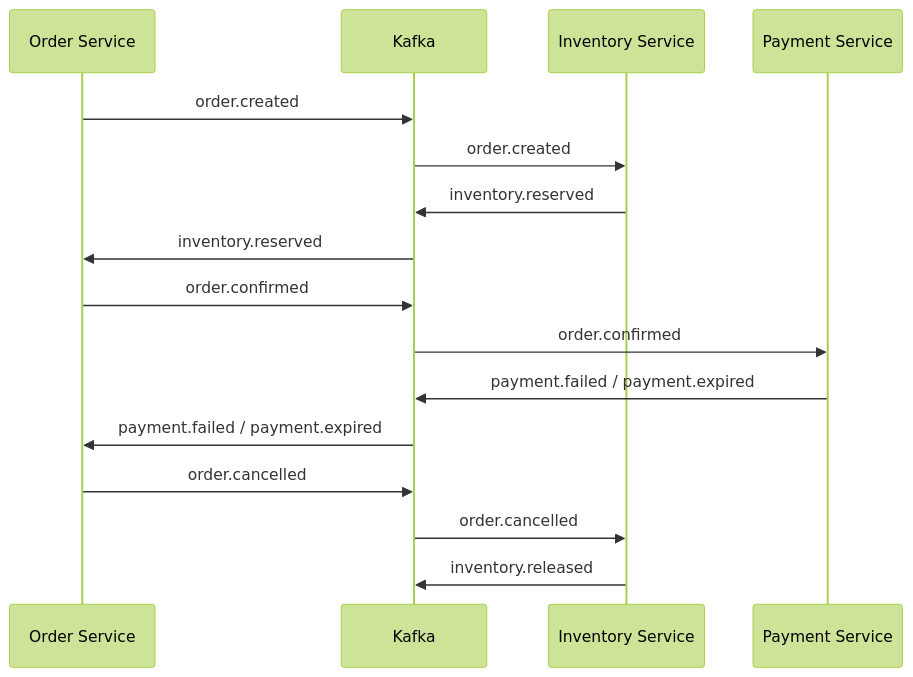
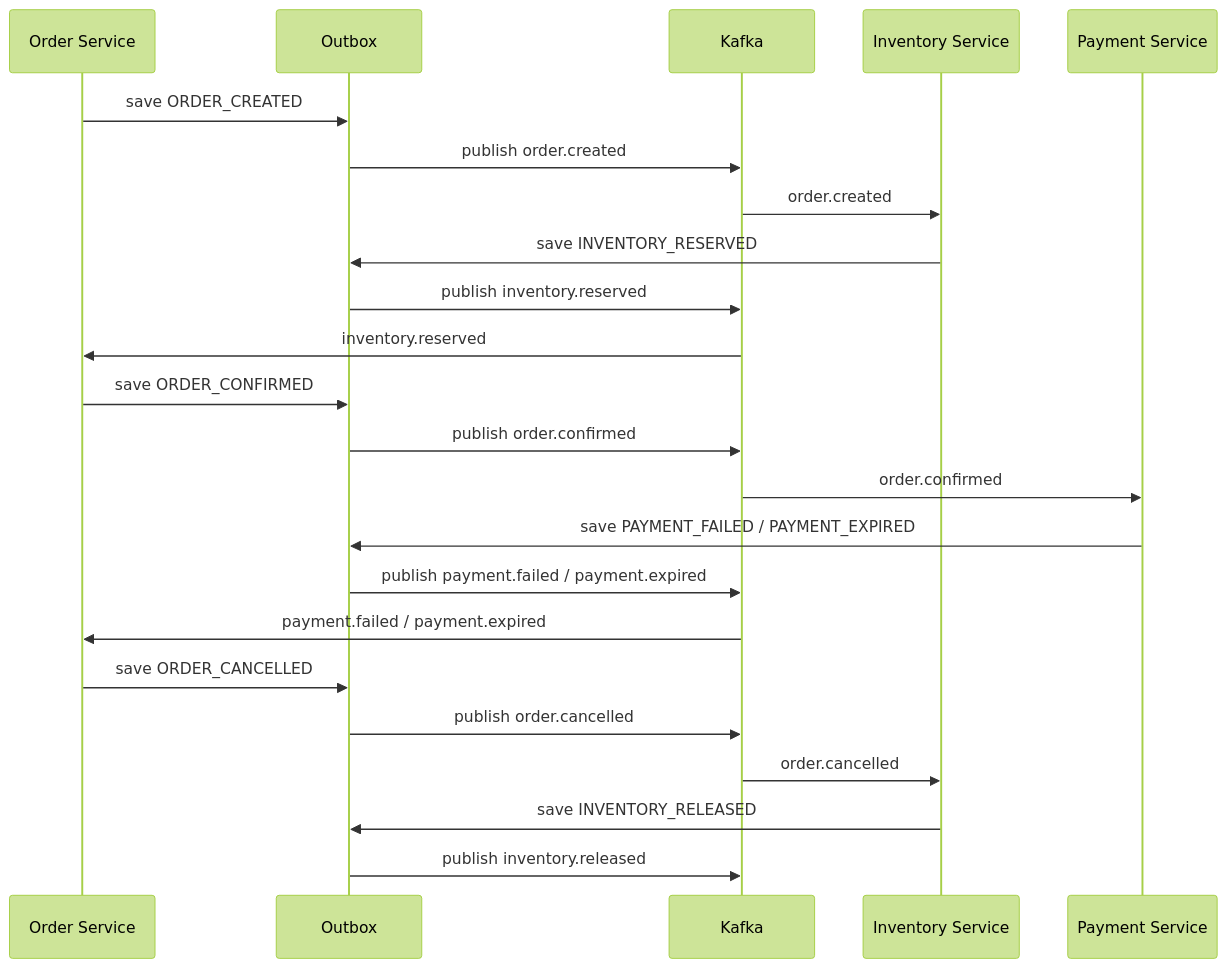
The third of 3 diagrams in Readme.md (hhristov1980/reactive-orderflow-system), drawn with Mermaid (forest theme) before and after one commit. The commit also changed other lines of this file, not shown here.

````diff
--- a/Readme.md
+++ b/Readme.md
@@ -229,19 +272,26 @@
 ```mermaid
 sequenceDiagram
     participant O as Order Service
+    participant OB as Outbox
     participant K as Kafka
     participant I as Inventory Service
     participant P as Payment Service
 
-    O->>K: order.created
+    O->>OB: save ORDER_CREATED
+    OB->>K: publish order.created
     K->>I: order.created
-    I->>K: inventory.reserved
+    I->>OB: save INVENTORY_RESERVED
+    OB->>K: publish inventory.reserved
     K->>O: inventory.reserved
-    O->>K: order.confirmed
+    O->>OB: save ORDER_CONFIRMED
+    OB->>K: publish order.confirmed
     K->>P: order.confirmed
-    P->>K: payment.failed / payment.expired
+    P->>OB: save PAYMENT_FAILED / PAYMENT_EXPIRED
+    OB->>K: publish payment.failed / payment.expired
     K->>O: payment.failed / payment.expired
-    O->>K: order.cancelled
+    O->>OB: save ORDER_CANCELLED
+    OB->>K: publish order.cancelled
     K->>I: order.cancelled
-    I->>K: inventory.released
+    I->>OB: save INVENTORY_RELEASED
+    OB->>K: publish inventory.released
 ```
````
